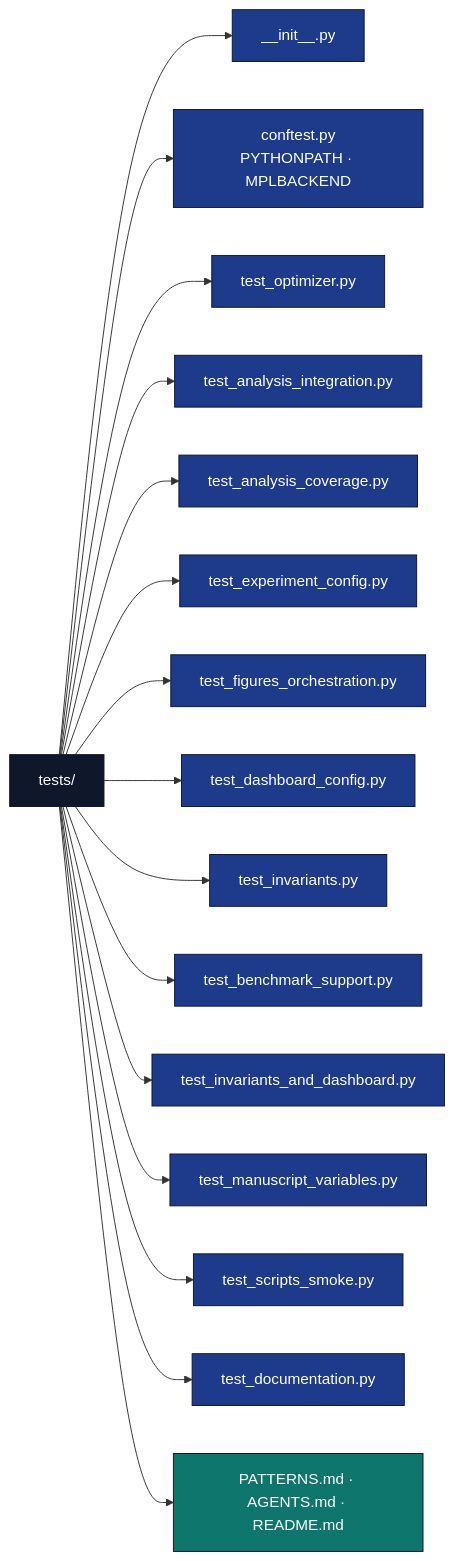
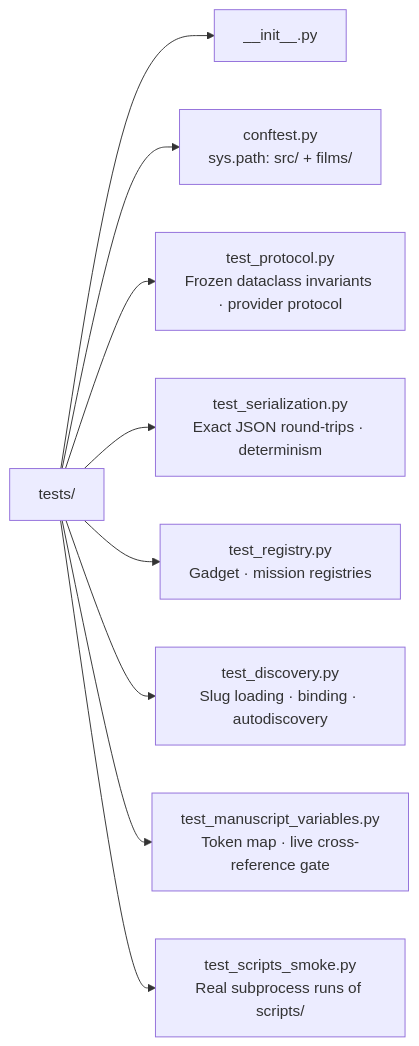
The diagram in tests/AGENTS.md (docxology/bond-api), drawn with Mermaid before and after one commit. The commit also changed other lines of this file and 1083 other files, not shown here.

````diff
--- a/tests/AGENTS.md
+++ b/tests/AGENTS.md
@@ -16,26 +11,12 @@
 ```mermaid
 flowchart LR
     T[tests/]
     T --> INIT[__init__.py]
-    T --> CFG[conftest.py<br/>PYTHONPATH · MPLBACKEND]
-    T --> TEST[test_optimizer.py]
-    T --> TAI[test_analysis_integration.py]
-    T --> TAC[test_analysis_coverage.py]
-    T --> TEC[test_experiment_config.py]
-    T --> TFO[test_figures_orchestration.py]
-    T --> TDC[test_dashboard_config.py]
-    T --> TINV[test_invariants.py]
-    T --> TBS[test_benchmark_support.py]
-    T --> TIDA[test_invariants_and_dashboard.py]
-    T --> TMV[test_manuscript_variables.py]
-    T --> TSS[test_scripts_smoke.py]
-    T --> TDOC[test_documentation.py]
-    T --> DOCS[PATTERNS.md · AGENTS.md · README.md]
-
-    classDef d fill:#0f172a,stroke:#0f172a,color:#fff
-    classDef code fill:#1e3a8a,stroke:#0f172a,color:#fff
-    classDef doc fill:#0f766e,stroke:#0f172a,color:#fff
-    class T d
-    class INIT,CFG,TEST,TAI,TAC,TEC,TFO,TDC,TINV,TIDA,TBS,TMV,TSS,TDOC code
-    class DOCS doc
+    T --> CFG[conftest.py<br/>sys.path: src/ + films/]
+    T --> TP[test_protocol.py<br/>Frozen dataclass invariants · provider protocol]
+    T --> TS[test_serialization.py<br/>Exact JSON round-trips · determinism]
+    T --> TR[test_registry.py<br/>Gadget · mission registries]
+    T --> TD[test_discovery.py<br/>Slug loading · binding · autodiscovery]
+    T --> TMV[test_manuscript_variables.py<br/>Token map · live cross-reference gate]
+    T --> TSS[test_scripts_smoke.py<br/>Real subprocess runs of scripts/]
 ```
````
